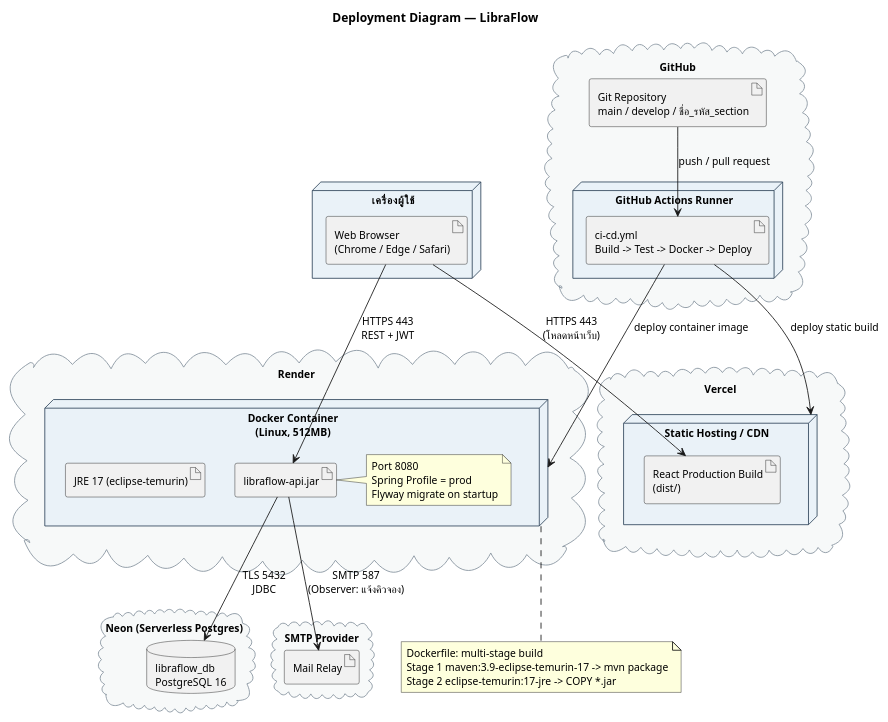
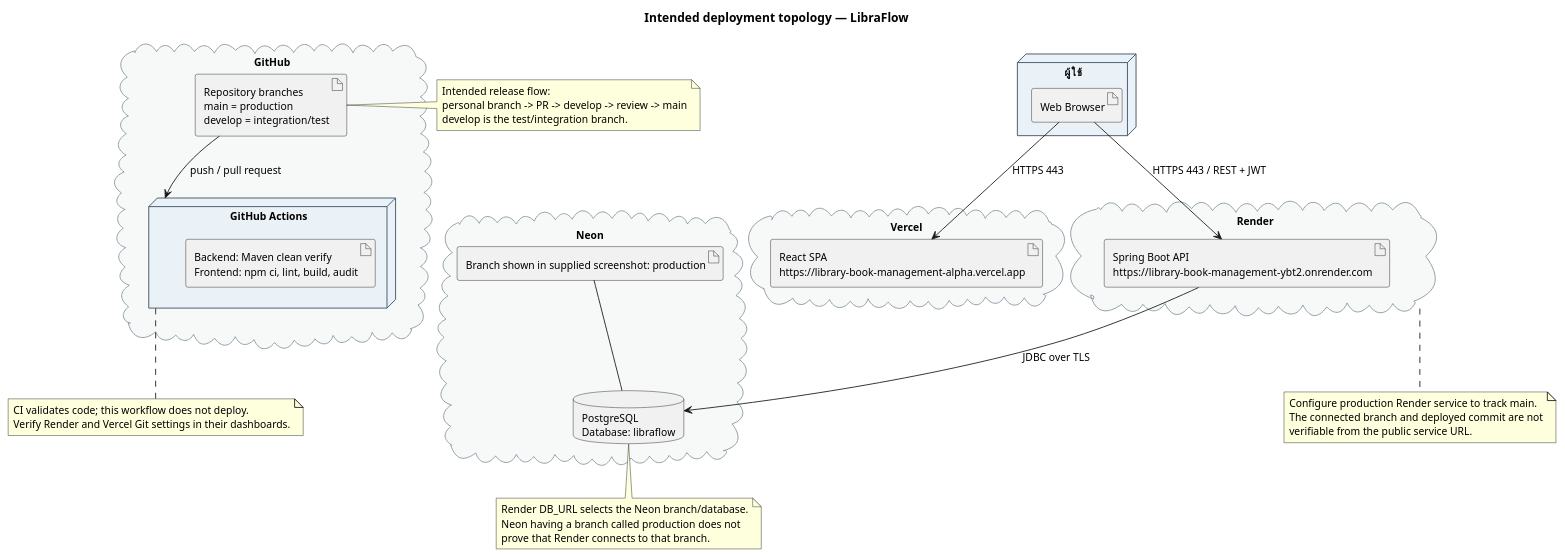
The diagram in doc/diagrams/13-deployment-diagram.puml (boatrocl/library_book_management), drawn with PlantUML before and after one commit. The commit also changed 104 other files, not shown here.

```diff
--- a/doc/diagrams/13-deployment-diagram.puml
+++ b/doc/diagrams/13-deployment-diagram.puml
@@ -1,68 +1,69 @@
 @startuml 13-deployment-diagram
-title Deployment Diagram — LibraFlow
+title Intended deployment topology — LibraFlow
 
 skinparam defaultFontName "Tahoma"
 skinparam defaultFontSize 12
 skinparam shadowing false
 skinparam node {
   BackgroundColor #EAF2F8
   BorderColor #34495E
 }
 skinparam cloud {
   BackgroundColor #F7F9F9
   BorderColor #85929E
 }
 
-node "เครื่องผู้ใช้" as CLIENT {
-  artifact "Web Browser\n(Chrome / Edge / Safari)" as BROWSER
+node "ผู้ใช้" as CLIENT {
+  artifact "Web Browser" as BROWSER
 }
 
 cloud "Vercel" as VERCEL {
-  node "Static Hosting / CDN" as VNODE {
-    artifact "React Production Build\n(dist/)" as FE
+  artifact "React SPA\nhttps://library-book-management-alpha.vercel.app" as FRONTEND
+}
+
+cloud "Render" as RENDER {
+  artifact "Spring Boot API\nhttps://library-book-management-ybt2.onrender.com" as BACKEND
+}
+
+cloud "Neon" as NEON {
+  database "PostgreSQL\nDatabase: libraflow" as DB
+  artifact "Branch shown in supplied screenshot: production" as NEON_BRANCH
+}
+
+cloud "GitHub" as GITHUB {
+  artifact "Repository branches\nmain = production\ndevelop = integration/test" as REPO
+  node "GitHub Actions" as CI {
+    artifact "Backend: Maven clean verify\nFrontend: npm ci, lint, build, audit" as CHECKS
   }
 }
 
-cloud "Render" as RENDER {
-  node "Docker Container\n(Linux, 512MB)" as RNODE {
-    artifact "libraflow-api.jar" as API
-    artifact "JRE 17 (eclipse-temurin)" as JRE
-    note right of API
-      Port 8080
-      Spring Profile = prod
-      Flyway migrate on startup
-    end note
-  }
-}
+BROWSER --> FRONTEND : HTTPS 443
+BROWSER --> BACKEND : HTTPS 443 / REST + JWT
+BACKEND --> DB : JDBC over TLS
+NEON_BRANCH -- DB
+REPO --> CI : push / pull request
 
-cloud "Neon (Serverless Postgres)" as NEON {
-  database "libraflow_db\nPostgreSQL 16" as DB
-}
+note right of REPO
+  Intended release flow:
+  personal branch -> PR -> develop -> review -> main
+  develop is the test/integration branch.
+end note
 
-cloud "GitHub" as GITHUB {
-  node "GitHub Actions Runner" as CI {
-    artifact "ci-cd.yml\nBuild -> Test -> Docker -> Deploy" as PIPE
-  }
-  artifact "Git Repository\nmain / develop / ชื่อ_รหัส_section" as REPO
-}
+note bottom of RENDER
+  Configure production Render service to track main.
+  The connected branch and deployed commit are not
+  verifiable from the public service URL.
+end note
 
-cloud "SMTP Provider" as SMTP {
-  artifact "Mail Relay" as MAIL
-}
+note bottom of DB
+  Render DB_URL selects the Neon branch/database.
+  Neon having a branch called production does not
+  prove that Render connects to that branch.
+end note
 
-BROWSER --> FE : HTTPS 443\n(โหลดหน้าเว็บ)
-BROWSER --> API : HTTPS 443\nREST + JWT
-API --> DB : TLS 5432\nJDBC
-API --> MAIL : SMTP 587\n(Observer: แจ้งคิวจอง)
-
-REPO --> PIPE : push / pull request
-PIPE --> RNODE : deploy container image
-PIPE --> VNODE : deploy static build
-
-note bottom of RNODE
-  Dockerfile: multi-stage build
-  Stage 1 maven:3.9-eclipse-temurin-17 -> mvn package
-  Stage 2 eclipse-temurin:17-jre -> COPY *.jar
+note bottom of CI
+  CI validates code; this workflow does not deploy.
+  Verify Render and Vercel Git settings in their dashboards.
 end note
 
 @enduml
```
